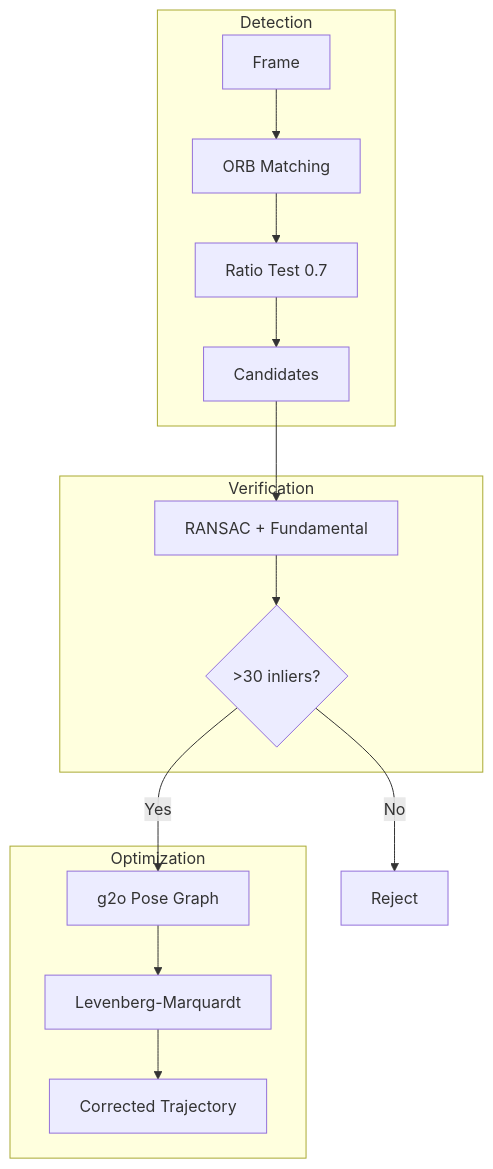
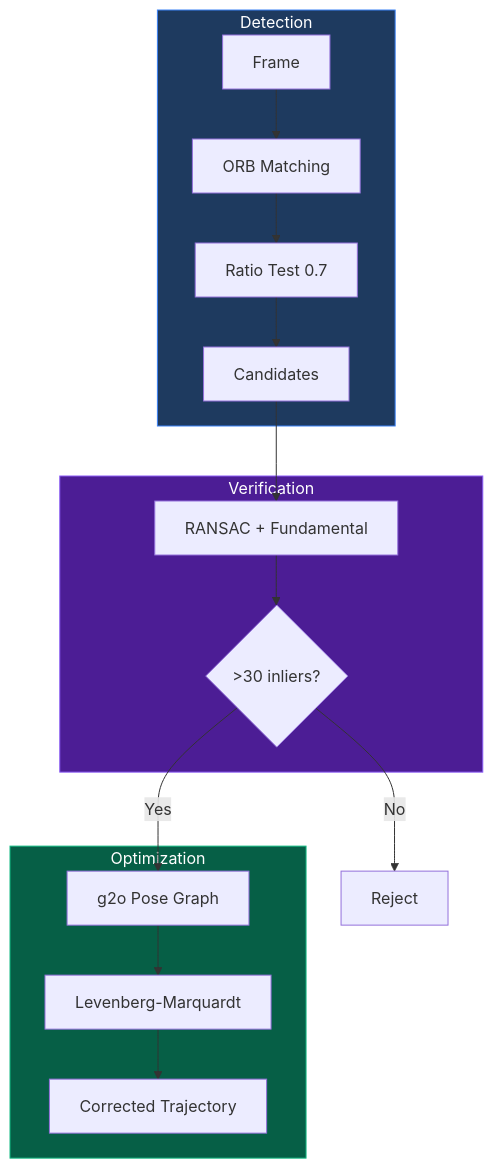
Before and after one commit to robertteleng/aria-slam: the ninth of 11 diagrams in README.md, drawn with Mermaid. The commit also changed other lines of this file, not shown here.

Commit message:
docs: add colors to Mermaid diagrams and glossary section - Add style colors to all flowchart diagrams (blue/purple/green/orange) - Add Glossary section with 17 acronyms and 14 technical terms - Update Table of Contents - Remove emojis for professional appearance

````diff
--- a/README.md
+++ b/README.md
@@ -366,21 +420,25 @@
 ```mermaid
 flowchart TD
     subgraph Detection
         F[Frame] --> ORB[ORB Matching]
         ORB --> RATIO[Ratio Test 0.7]
         RATIO --> CAND[Candidates]
     end
 
     subgraph Verification
         CAND --> RANSAC[RANSAC + Fundamental]
         RANSAC --> INLIERS{>30 inliers?}
     end
 
     subgraph Optimization
         INLIERS -->|Yes| GRAPH[g2o Pose Graph]
         GRAPH --> OPT[Levenberg-Marquardt]
         OPT --> CORRECT[Corrected Trajectory]
     end
 
     INLIERS -->|No| REJECT[Reject]
+
+    style Detection fill:#1e3a5f,stroke:#3b82f6,color:#fff
+    style Verification fill:#4c1d95,stroke:#8b5cf6,color:#fff
+    style Optimization fill:#065f46,stroke:#10b981,color:#fff
 ```
````
